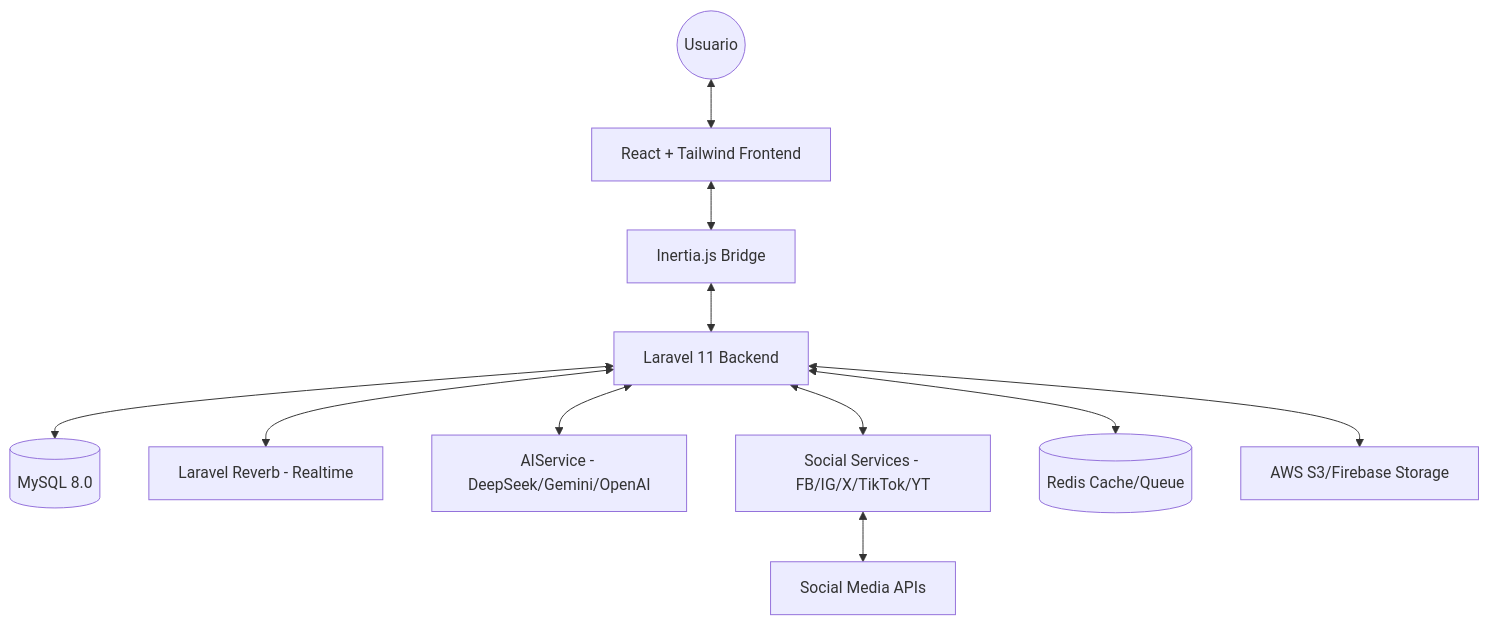
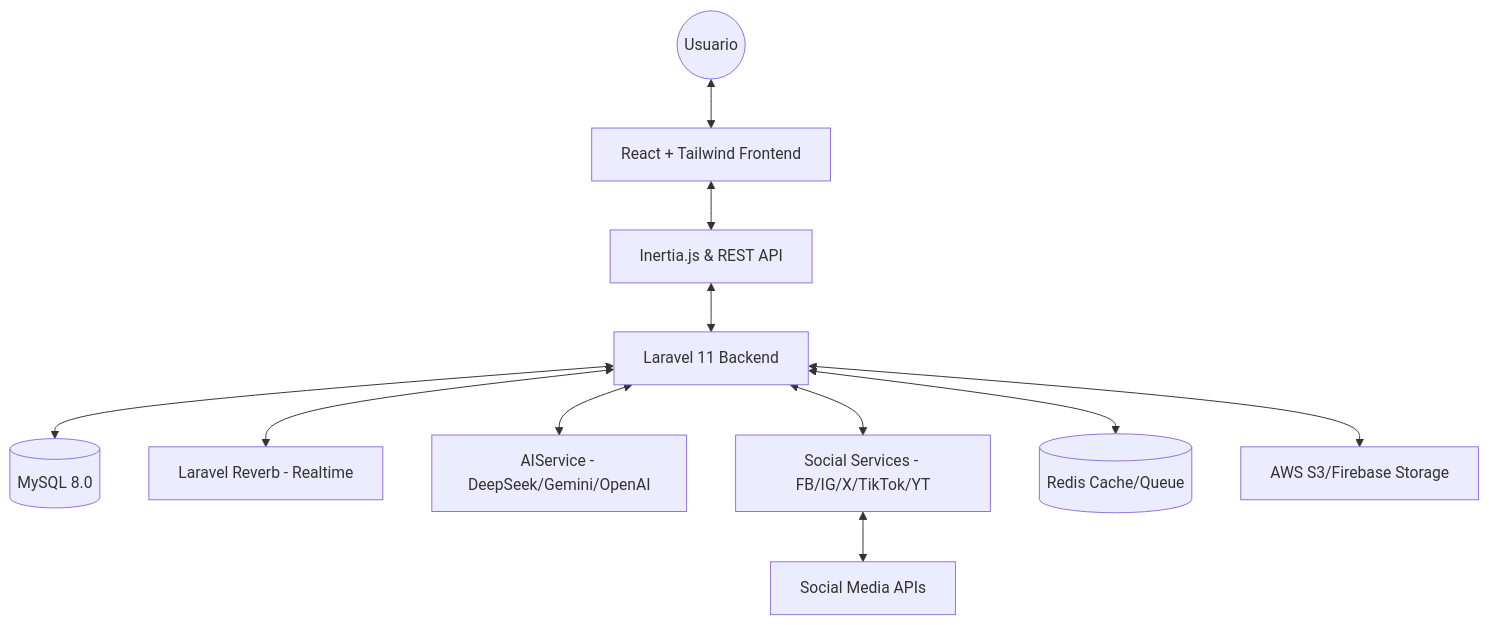
The diagram in README.md (Alejool/ContentFlow), drawn with Mermaid before and after one commit. The commit also changed other lines of this file and 9 other files, not shown here.

````diff
--- a/README.md
+++ b/README.md
@@ -13,13 +14,13 @@
 ```mermaid
 graph TD
     User((Usuario)) <--> React[React + Tailwind Frontend]
-    React <--> Inertia[Inertia.js Bridge]
-    Inertia <--> Laravel[Laravel 11 Backend]
+    React <--> Hybrid[Inertia.js & REST API]
+    Hybrid <--> Laravel[Laravel 11 Backend]
     Laravel <--> MySQL[(MySQL 8.0)]
     Laravel <--> Reverb[Laravel Reverb - Realtime]
     Laravel <--> AI[AIService - DeepSeek/Gemini/OpenAI]
     Laravel <--> Social[Social Services - FB/IG/X/TikTok/YT]
     Social <--> APIs[Social Media APIs]
     Laravel <--> Redis[(Redis Cache/Queue)]
     Laravel <--> AWS[AWS S3/Firebase Storage]
 ```
````
